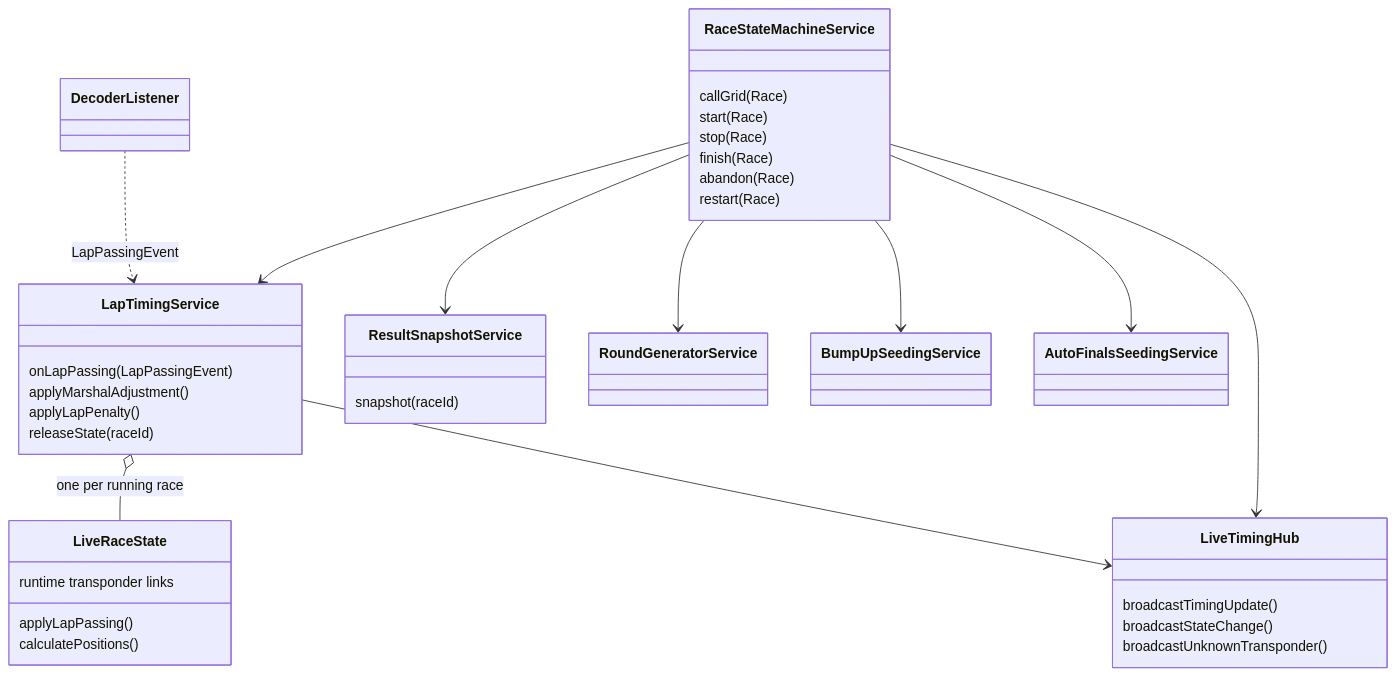
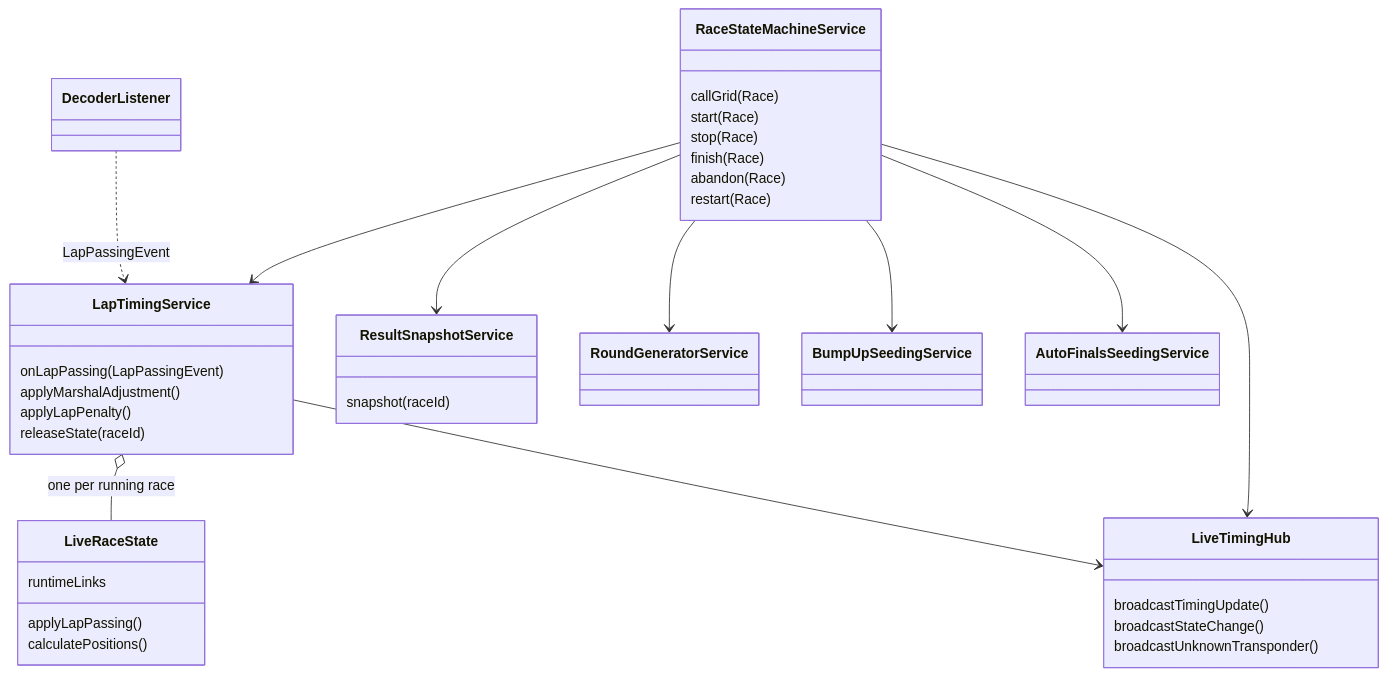
Before and after one commit to RCRaceHub/RCTimingControl: the second of 3 diagrams in docs/developer/domain-model.md, drawn with Mermaid. The commit also changed other lines of this file and 4 other files, not shown here.

First line of the commit message:
Fix diagram inaccuracies found in review (#347)

````diff
--- a/docs/developer/domain-model.md
+++ b/docs/developer/domain-model.md
@@ -92,45 +92,45 @@
 ```mermaid
 classDiagram
     direction TB
     class RaceStateMachineService {
         callGrid(Race)
         start(Race)
         stop(Race)
         finish(Race)
         abandon(Race)
         restart(Race)
     }
     class LapTimingService {
         onLapPassing(LapPassingEvent)
         applyMarshalAdjustment()
         applyLapPenalty()
         releaseState(raceId)
     }
     class LiveRaceState {
         applyLapPassing()
         calculatePositions()
-        runtime transponder links
+        runtimeLinks
     }
     class LiveTimingHub {
         broadcastTimingUpdate()
         broadcastStateChange()
         broadcastUnknownTransponder()
     }
     class ResultSnapshotService {
         snapshot(raceId)
     }
     class RoundGeneratorService
     class BumpUpSeedingService
     class AutoFinalsSeedingService
     class DecoderListener
 
     DecoderListener ..> LapTimingService : LapPassingEvent
     LapTimingService o-- LiveRaceState : one per running race
     LapTimingService --> LiveTimingHub
     RaceStateMachineService --> LapTimingService
     RaceStateMachineService --> LiveTimingHub
     RaceStateMachineService --> ResultSnapshotService
     RaceStateMachineService --> RoundGeneratorService
     RaceStateMachineService --> BumpUpSeedingService
     RaceStateMachineService --> AutoFinalsSeedingService
 ```
````
